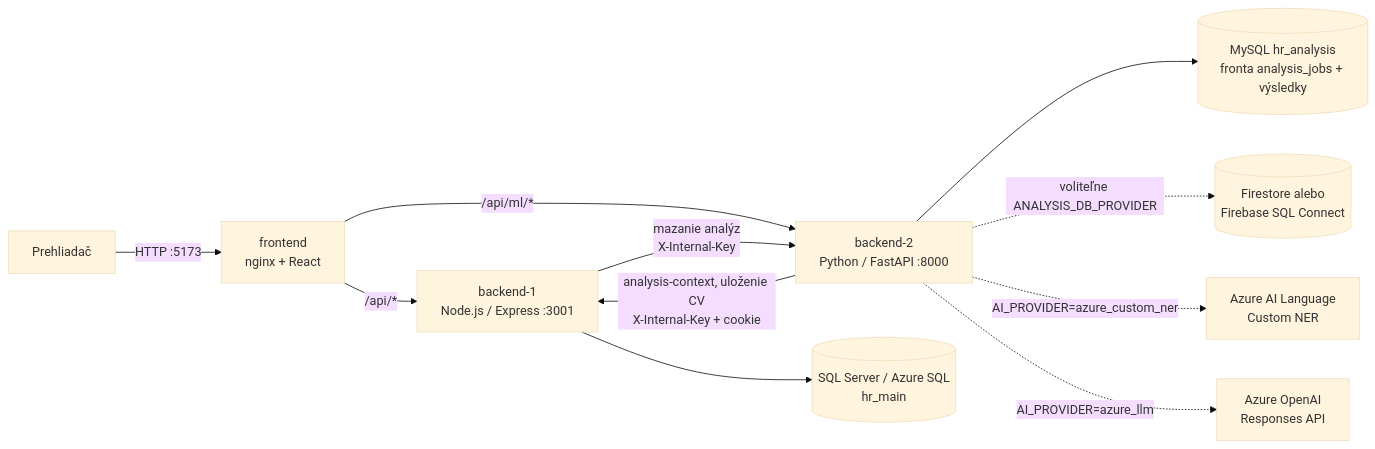
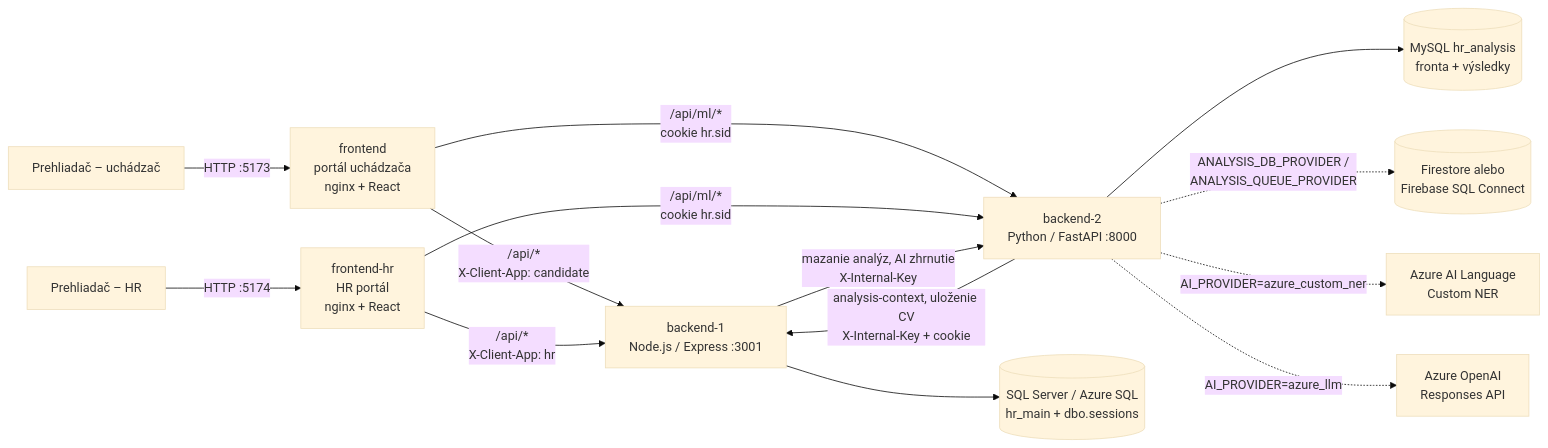
Before and after one commit to ferkopierko/AISPU---HR-system: the diagram in docs/TECHNICKY_ZAKLAD.md, drawn with Mermaid (base theme). The commit also changed other lines of this file and 3 other files, not shown here.

````diff
--- a/docs/TECHNICKY_ZAKLAD.md
+++ b/docs/TECHNICKY_ZAKLAD.md
@@ -83,13 +105,16 @@
 ```mermaid
 flowchart LR
-    B[Prehliadač] -->|HTTP :5173| FE[frontend<br/>nginx + React]
-    FE -->|/api/*| B1[backend-1<br/>Node.js / Express :3001]
-    FE -->|/api/ml/*| B2[backend-2<br/>Python / FastAPI :8000]
-    B1 --> SQL[(SQL Server / Azure SQL<br/>hr_main)]
-    B2 --> MY[(MySQL hr_analysis<br/>fronta analysis_jobs + výsledky)]
-    B2 -. voliteľne ANALYSIS_DB_PROVIDER .-> FS[(Firestore alebo<br/>Firebase SQL Connect)]
+    U[Prehliadač – uchádzač] -->|HTTP :5173| FE[frontend<br/>portál uchádzača<br/>nginx + React]
+    H[Prehliadač – HR] -->|HTTP :5174| FH[frontend-hr<br/>HR portál<br/>nginx + React]
+    FE -->|/api/*<br/>X-Client-App: candidate| B1[backend-1<br/>Node.js / Express :3001]
+    FH -->|/api/*<br/>X-Client-App: hr| B1
+    FE -->|/api/ml/*<br/>cookie hr.sid| B2[backend-2<br/>Python / FastAPI :8000]
+    FH -->|/api/ml/*<br/>cookie hr.sid| B2
+    B1 --> SQL[(SQL Server / Azure SQL<br/>hr_main + dbo.sessions)]
+    B2 --> MY[(MySQL hr_analysis<br/>fronta + výsledky)]
+    B2 -. ANALYSIS_DB_PROVIDER /<br/>ANALYSIS_QUEUE_PROVIDER .-> FS[(Firestore alebo<br/>Firebase SQL Connect)]
     B2 -->|analysis-context, uloženie CV<br/>X-Internal-Key + cookie| B1
-    B1 -->|mazanie analýz<br/>X-Internal-Key| B2
+    B1 -->|mazanie analýz, AI zhrnutie<br/>X-Internal-Key| B2
     B2 -. AI_PROVIDER=azure_custom_ner .-> AL[Azure AI Language<br/>Custom NER]
     B2 -. AI_PROVIDER=azure_llm .-> AO[Azure OpenAI<br/>Responses API]
 ```
````
